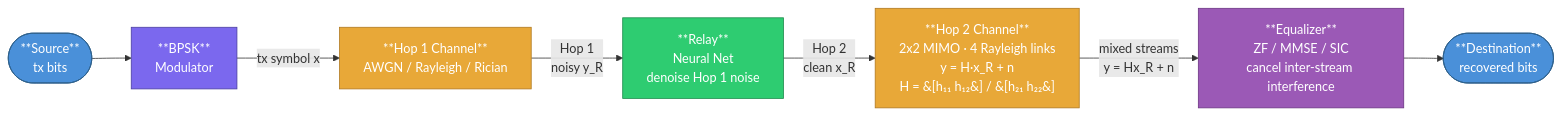
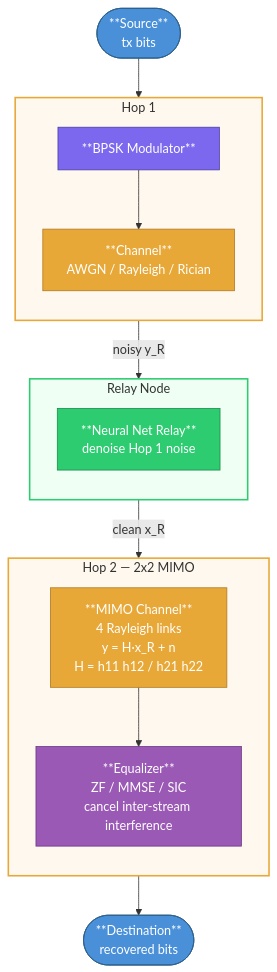
The second of 2 diagrams in thesis.md (Gilzuk/relaynet2), drawn with Mermaid before and after one commit. The commit also changed other lines of this file and 3 other files, not shown here.

First line of the commit message:
docs: expand Mermaid diagrams from LR single-row to TB subgraph layout

````diff
--- a/thesis.md
+++ b/thesis.md
@@ -710,25 +726,41 @@
 ```mermaid
-flowchart LR
+flowchart TB
     SRC(["**Source**\ntx bits"])
-    MOD["**BPSK**\nModulator"]
-    CH1["**Hop 1 Channel**\nAWGN / Rayleigh / Rician"]
-    REL["**Relay**\nNeural Net\ndenoise Hop 1 noise"]
-    CH2["**Hop 2 Channel**\n2x2 MIMO · 4 Rayleigh links\ny = H·x_R + n\nH = &#91;h₁₁ h₁₂&#93; / &#91;h₂₁ h₂₂&#93;"]
-    EQ["**Equalizer**\nZF / MMSE / SIC\ncancel inter-stream interference"]
+
+    subgraph HOP1 [" Hop 1 "]
+        direction TB
+        MOD["**BPSK Modulator**"]
+        CH1["**Channel**\nAWGN / Rayleigh / Rician"]
+        MOD --> CH1
+    end
+
+    subgraph RELAY_BOX [" Relay Node "]
+        direction TB
+        REL["**Neural Net Relay**\ndenoise Hop 1 noise"]
+    end
+
+    subgraph HOP2 [" Hop 2 — 2x2 MIMO "]
+        direction TB
+        CH2["**MIMO Channel**\n4 Rayleigh links\ny = H·x_R + n\nH = h11 h12 / h21 h22"]
+        EQ["**Equalizer**\nZF / MMSE / SIC\ncancel inter-stream interference"]
+        CH2 --> EQ
+    end
+
     DST(["**Destination**\nrecovered bits"])
 
-    SRC --> MOD
-    MOD -->|"tx symbol x"| CH1
-    CH1 -->|"Hop 1\nnoisy y_R"| REL
-    REL -->|"Hop 2\nclean x_R"| CH2
-    CH2 -->|"mixed streams\ny = Hx_R + n"| EQ
-    EQ --> DST
+    SRC        --> HOP1
+    HOP1       -->|"noisy y_R"| RELAY_BOX
+    RELAY_BOX  -->|"clean x_R"| HOP2
+    HOP2       --> DST
 
-    style SRC  fill:#4A90D9,color:#fff,stroke:#2c5f8a,rx:20
-    style DST  fill:#4A90D9,color:#fff,stroke:#2c5f8a,rx:20
-    style MOD  fill:#7B68EE,color:#fff,stroke:#4a3fa0
-    style CH1  fill:#E8A838,color:#fff,stroke:#b07820
-    style REL  fill:#2ECC71,color:#fff,stroke:#1a8a4a
-    style CH2  fill:#E8A838,color:#fff,stroke:#b07820
-    style EQ   fill:#9B59B6,color:#fff,stroke:#6c3483
+    style SRC        fill:#4A90D9,color:#fff,stroke:#2c5f8a
+    style DST        fill:#4A90D9,color:#fff,stroke:#2c5f8a
+    style MOD        fill:#7B68EE,color:#fff,stroke:#4a3fa0
+    style CH1        fill:#E8A838,color:#fff,stroke:#b07820
+    style REL        fill:#2ECC71,color:#fff,stroke:#1a8a4a
+    style CH2        fill:#E8A838,color:#fff,stroke:#b07820
+    style EQ         fill:#9B59B6,color:#fff,stroke:#6c3483
+    style HOP1       fill:#fff8ee,stroke:#E8A838,stroke-width:2px
+    style RELAY_BOX  fill:#f0fff4,stroke:#2ECC71,stroke-width:2px
+    style HOP2       fill:#fff8ee,stroke:#E8A838,stroke-width:2px
 ```
````
